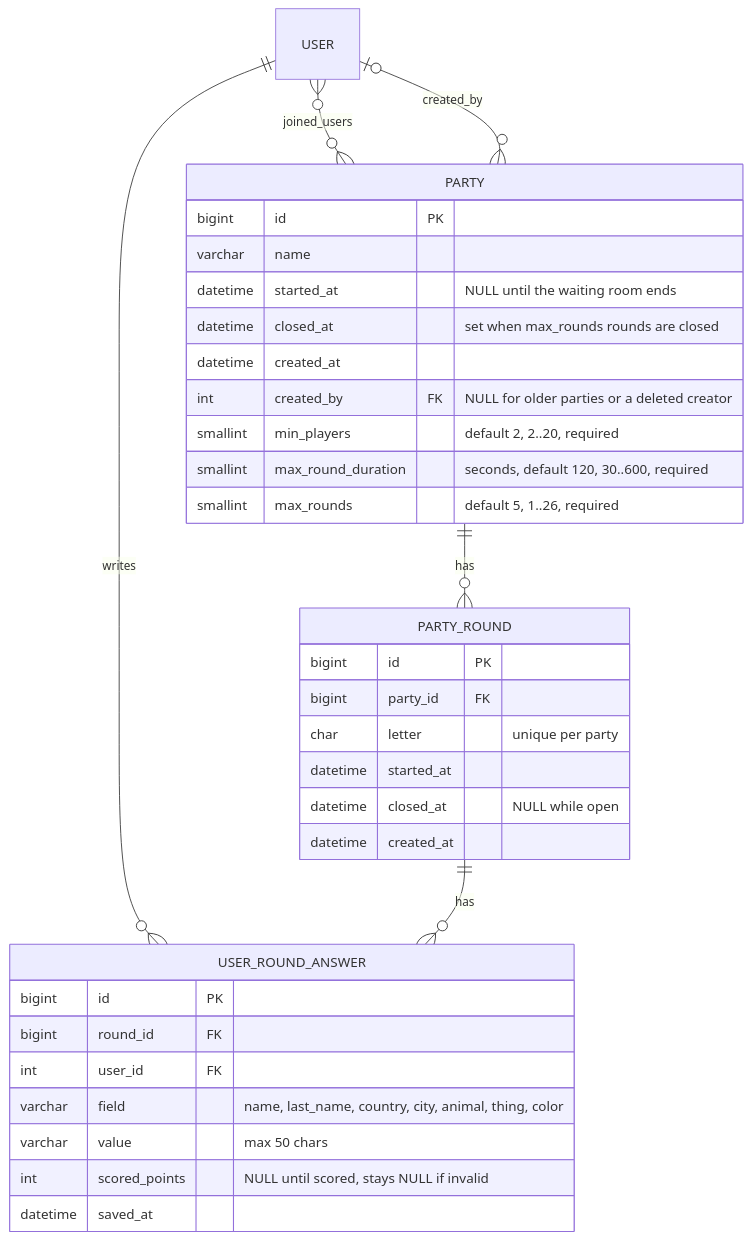
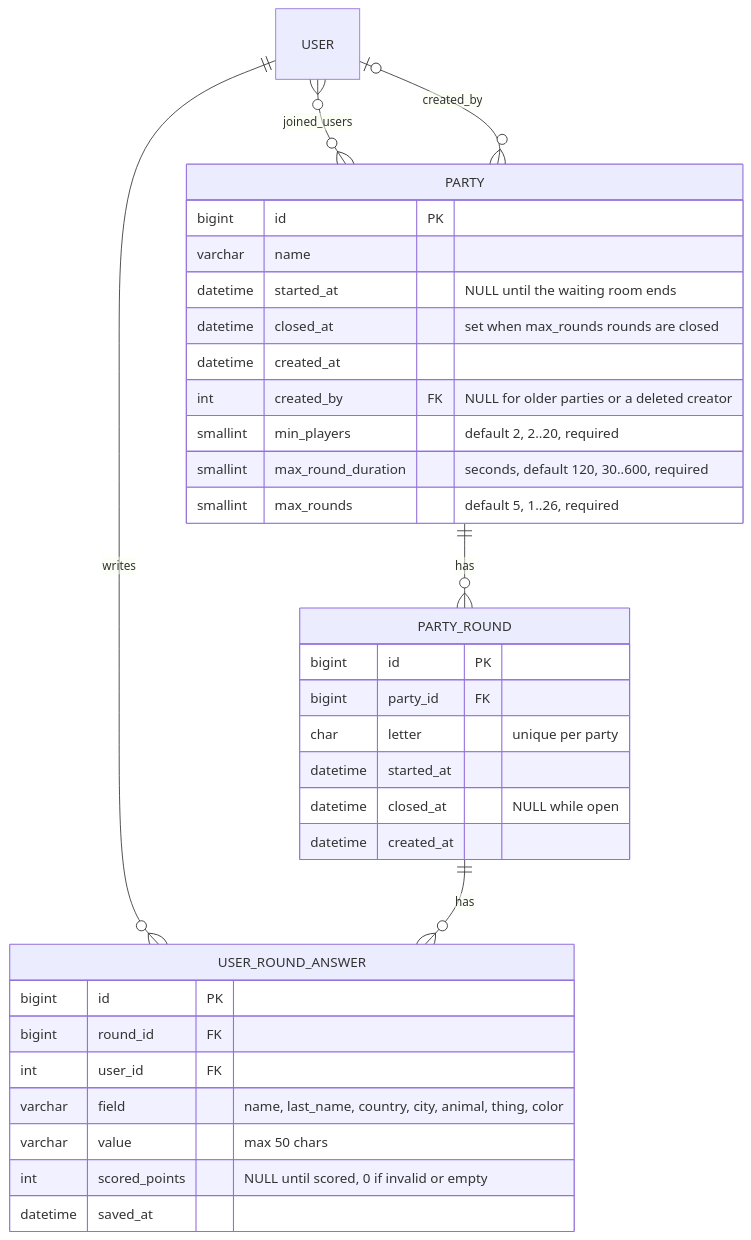
One commit to DanielGnzlzVll/AACX changed the fifth of 5 diagrams in docs/architecture.md. Above: the diagram before and after it, drawn with Mermaid. The commit also changed other lines of this file and 4 other files, not shown here.

````diff
--- a/docs/architecture.md
+++ b/docs/architecture.md
@@ -245,37 +245,37 @@
 ```mermaid
 erDiagram
     USER ||--o{ USER_ROUND_ANSWER : writes
     USER }o--o{ PARTY : "joined_users"
     USER |o--o{ PARTY : "created_by"
     PARTY ||--o{ PARTY_ROUND : has
     PARTY_ROUND ||--o{ USER_ROUND_ANSWER : has
 
     PARTY {
         bigint id PK
         varchar name
         datetime started_at "NULL until the waiting room ends"
         datetime closed_at "set when max_rounds rounds are closed"
         datetime created_at
         int created_by FK "NULL for older parties or a deleted creator"
         smallint min_players "default 2, 2..20, required"
         smallint max_round_duration "seconds, default 120, 30..600, required"
         smallint max_rounds "default 5, 1..26, required"
     }
     PARTY_ROUND {
         bigint id PK
         bigint party_id FK
         char letter "unique per party"
         datetime started_at
         datetime closed_at "NULL while open"
         datetime created_at
     }
     USER_ROUND_ANSWER {
         bigint id PK
         bigint round_id FK
         int user_id FK
         varchar field "name, last_name, country, city, animal, thing, color"
         varchar value "max 50 chars"
-        int scored_points "NULL until scored, stays NULL if invalid"
+        int scored_points "NULL until scored, 0 if invalid or empty"
         datetime saved_at
     }
 ```
````
